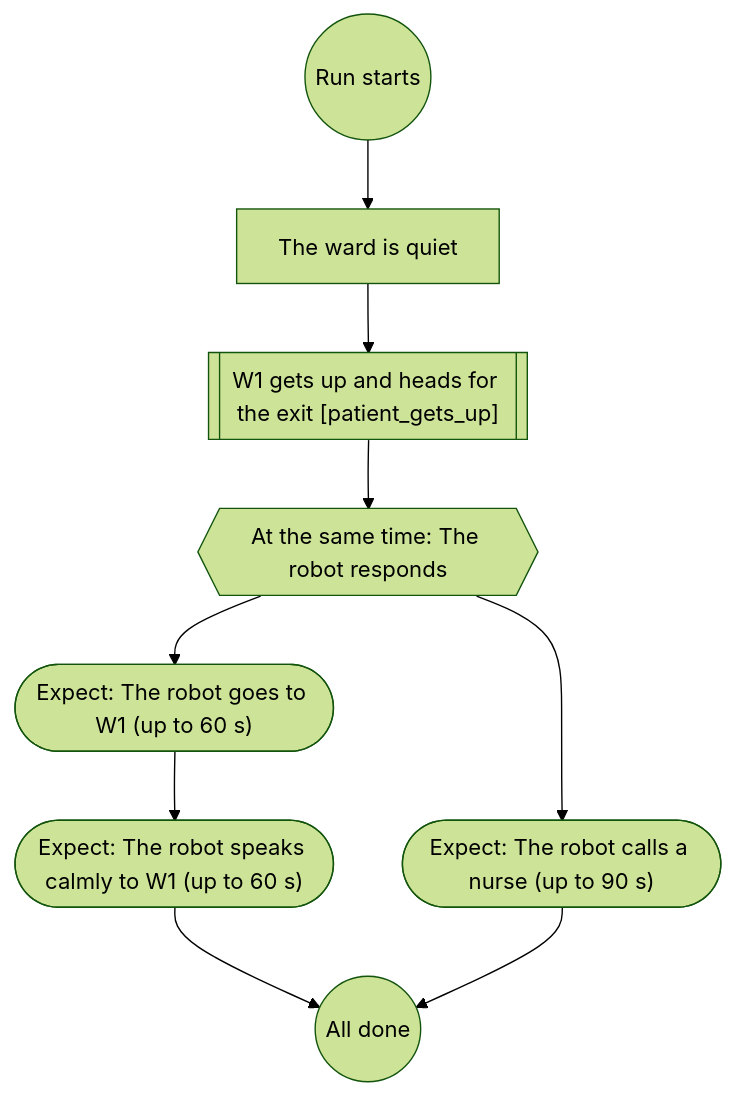
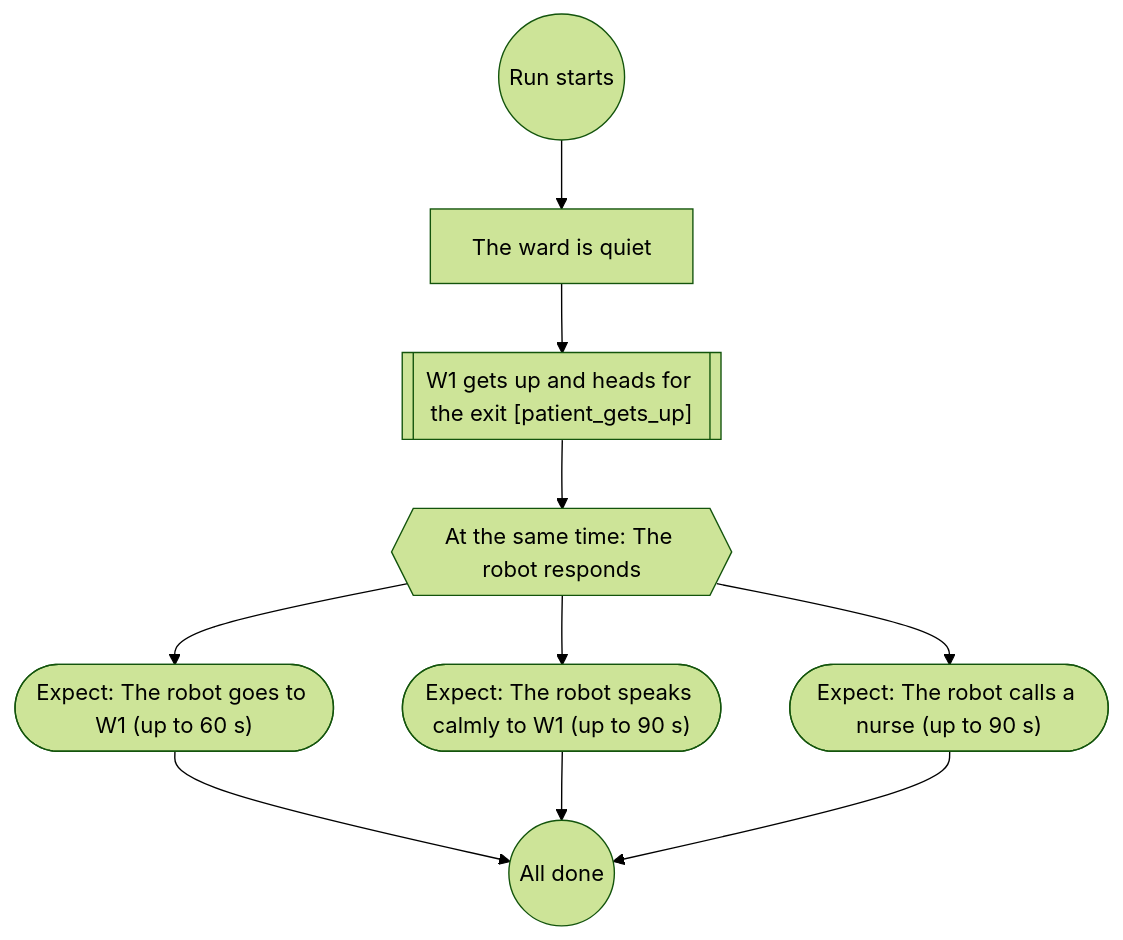
Before and after one commit to Bkrakshith/hospital-sim-agents: the eighth of 9 diagrams in docs/scenario-flows.md, drawn with Mermaid (forest theme). The commit also changed other lines of this file and 12 other files, not shown here.

````diff
--- a/docs/scenario-flows.md
+++ b/docs/scenario-flows.md
@@ -234,19 +239,20 @@
 ```mermaid
 flowchart TD
   n1(("Run starts"))
   n2["The ward is quiet"]
   n1 --> n2
   n3[["W1 gets up and heads for the exit [patient_gets_up]"]]
   n2 --> n3
   n4{{"At the same time: The robot responds"}}
   n3 --> n4
   n5(["Expect: The robot goes to W1 (up to 60 s)"])
   n4 --> n5
-  n6(["Expect: The robot speaks calmly to W1 (up to 60 s)"])
-  n5 --> n6
+  n6(["Expect: The robot speaks calmly to W1 (up to 90 s)"])
+  n4 --> n6
   n7(["Expect: The robot calls a nurse (up to 90 s)"])
   n4 --> n7
   n8(("All done"))
+  n5 --> n8
   n6 --> n8
   n7 --> n8
 ```
````
